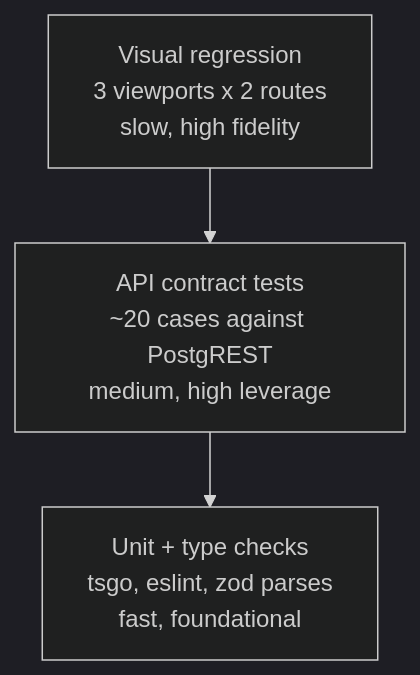
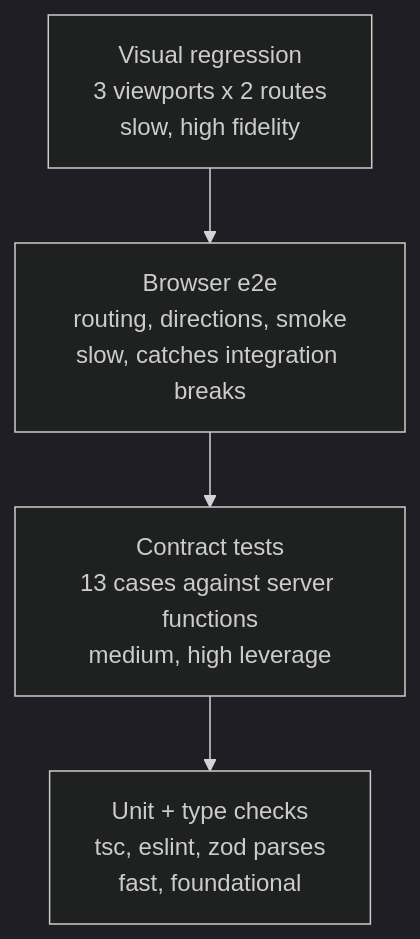
One commit to daneshavaran2/parkfava changed the seventh of 10 diagrams in README.md. Above: the diagram before and after it, drawn with Mermaid (dark theme). The commit also changed other lines of this file and 9 other files, not shown here.

````diff
--- a/README.md
+++ b/README.md
@@ -790,7 +865,8 @@
 ```mermaid
 graph TB
   V[Visual regression<br/>3 viewports x 2 routes<br/>slow, high fidelity]
-  A[API contract tests<br/>~20 cases against PostgREST<br/>medium, high leverage]
-  U[Unit + type checks<br/>tsgo, eslint, zod parses<br/>fast, foundational]
-  V --> A --> U
+  E[Browser e2e<br/>routing, directions, smoke<br/>slow, catches integration breaks]
+  A[Contract tests<br/>13 cases against server functions<br/>medium, high leverage]
+  U[Unit + type checks<br/>tsc, eslint, zod parses<br/>fast, foundational]
+  V --> E --> A --> U
 ```
````
